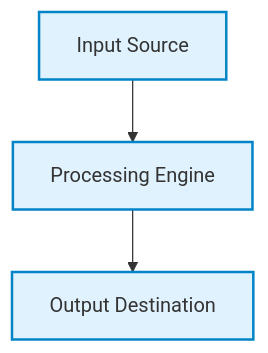
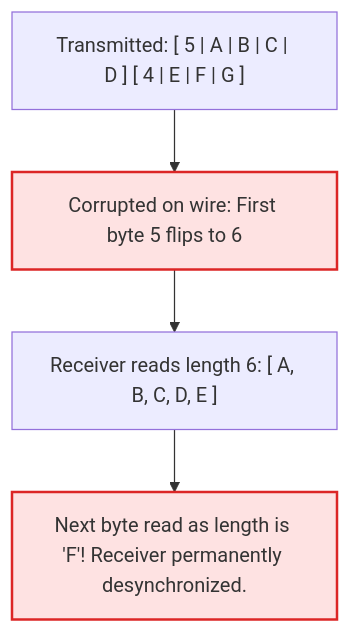
One commit to Raviranjan010/Neteworking_notes changed the second of 12 diagrams in 05_Data_Link_Layer/diagrams.md. Above: the diagram before and after it, drawn with Mermaid. The commit also changed other lines of this file and 7 other files, not shown here.

Commit message:
add comprehensive data link layer notes, numericals, diagrams, MCQs, and cheat sheets

````diff
--- a/05_Data_Link_Layer/diagrams.md
+++ b/05_Data_Link_Layer/diagrams.md
@@ -18,8 +62,12 @@
 ```mermaid
 flowchart TD
-    A["Input Source"] --> B["Processing Engine"]
-    B --> C["Output Destination"]
+    Original["Transmitted: [ 5 | A | B | C | D ] [ 4 | E | F | G ]"]
+    Corrupt["Corrupted on wire: First byte 5 flips to 6"]
+    RxRead["Receiver reads length 6: [ A, B, C, D, E ]"]
+    CascadeError["Next byte read as length is 'F'! Receiver permanently desynchronized."]
 
-    classDef primary fill:#e0f2fe,stroke:#0284c7,stroke-width:2px;
-    class A,B,C primary;
+    Original --> Corrupt --> RxRead --> CascadeError
+
+    classDef bad fill:#fee2e2,stroke:#dc2626,stroke-width:2px;
+    class Corrupt,CascadeError bad;
 ```
````
